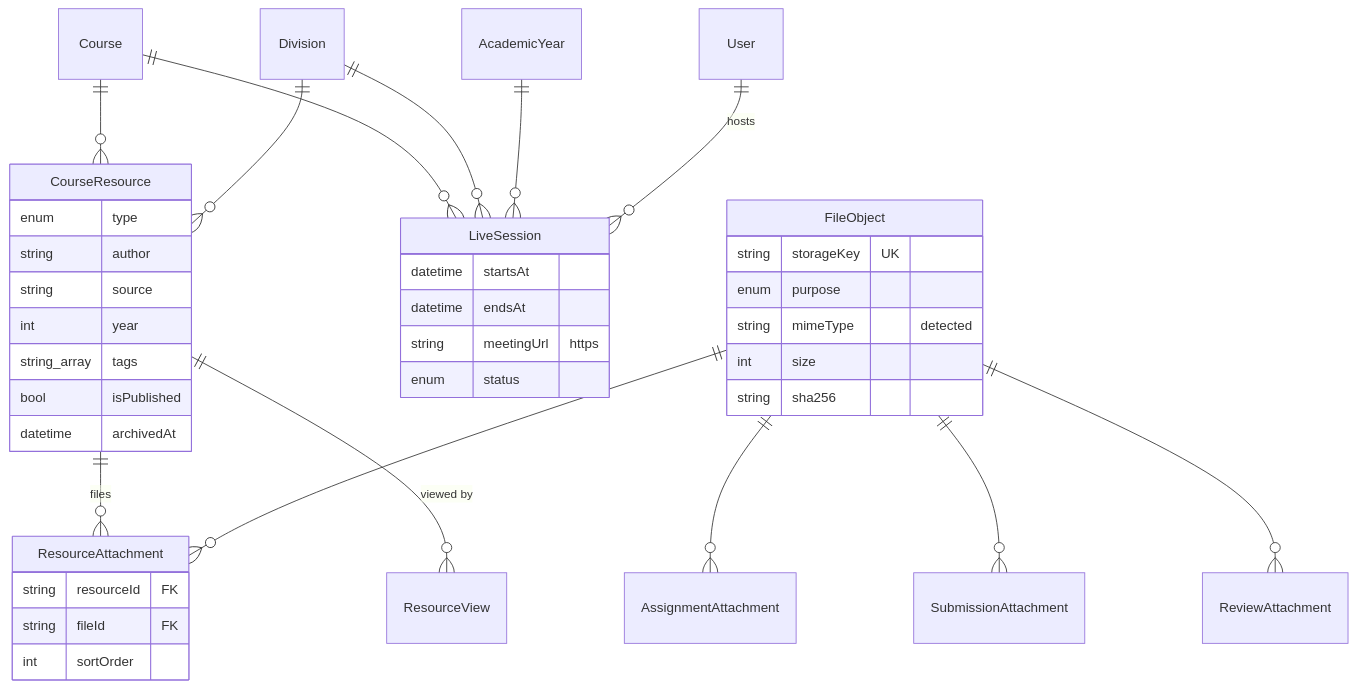
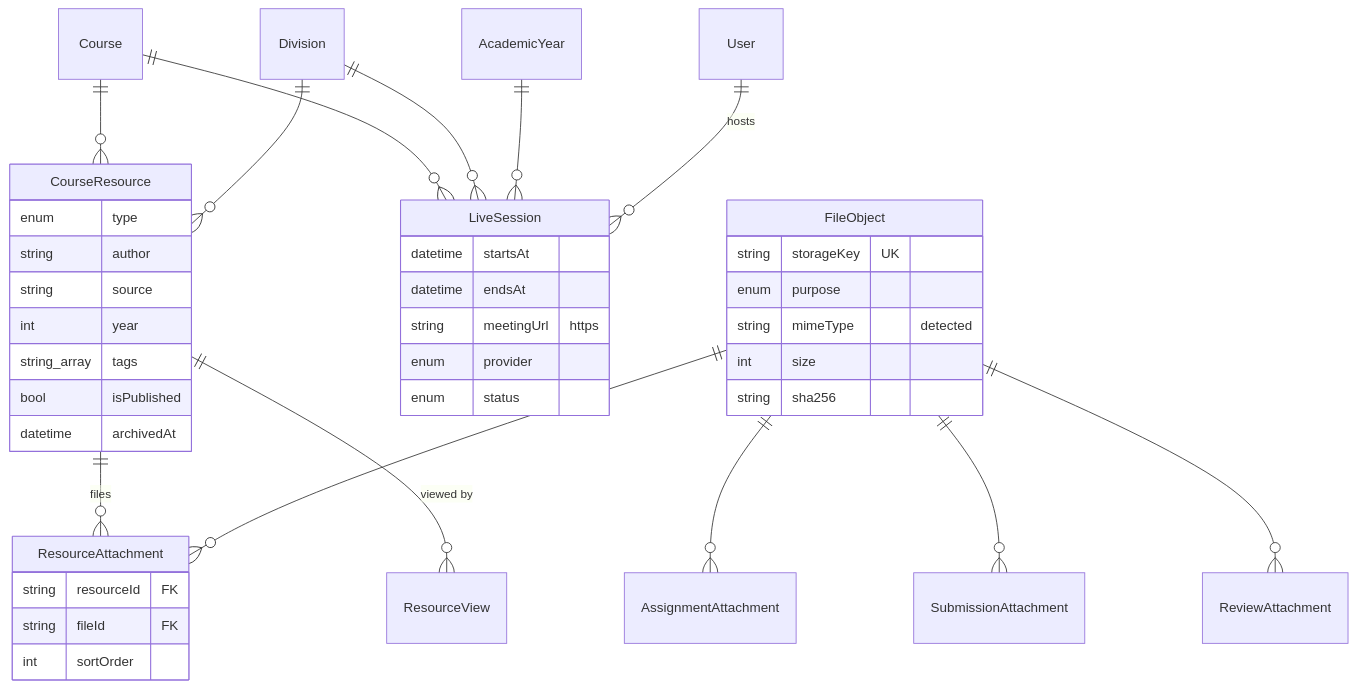
The second of 5 diagrams in docs/DATABASE.md (Theoneste1/ROFBACKENDTEST), drawn with Mermaid before and after one commit. The commit also changed other lines of this file and 18 other files, not shown here.

````diff
--- a/docs/DATABASE.md
+++ b/docs/DATABASE.md
@@ -80,20 +80,20 @@
 ```mermaid
 erDiagram
   Course ||--o{ CourseResource : ""
   Division ||--o{ CourseResource : ""
   CourseResource ||--o{ ResourceAttachment : files
   CourseResource ||--o{ ResourceView : "viewed by"
   Course ||--o{ LiveSession : ""
   Division ||--o{ LiveSession : ""
   AcademicYear ||--o{ LiveSession : ""
   User ||--o{ LiveSession : hosts
   FileObject ||--o{ ResourceAttachment : ""
   FileObject ||--o{ AssignmentAttachment : ""
   FileObject ||--o{ SubmissionAttachment : ""
   FileObject ||--o{ ReviewAttachment : ""
 
   FileObject { string storageKey UK enum purpose string mimeType "detected" int size string sha256 }
   CourseResource { enum type string author string source int year string_array tags bool isPublished datetime archivedAt }
   ResourceAttachment { string resourceId FK string fileId FK int sortOrder }
-  LiveSession { datetime startsAt datetime endsAt string meetingUrl "https" enum status }
+  LiveSession { datetime startsAt datetime endsAt string meetingUrl "https" enum provider enum status }
 ```
````
